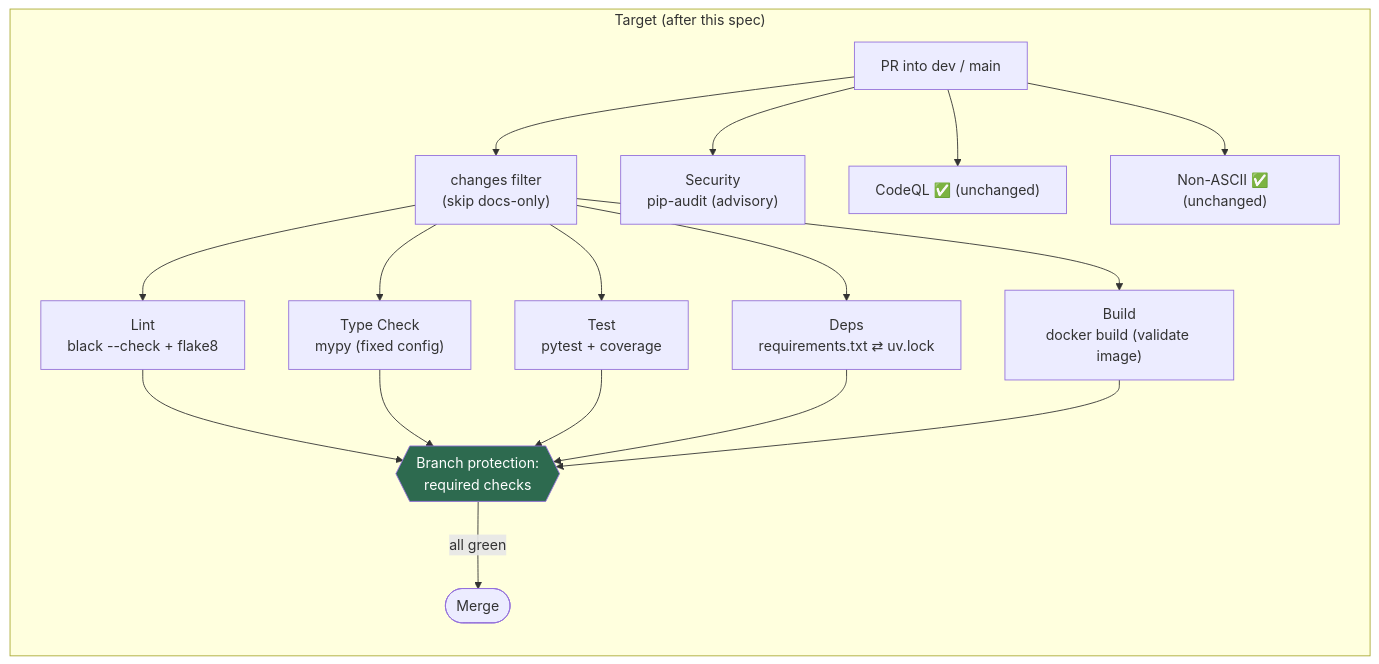
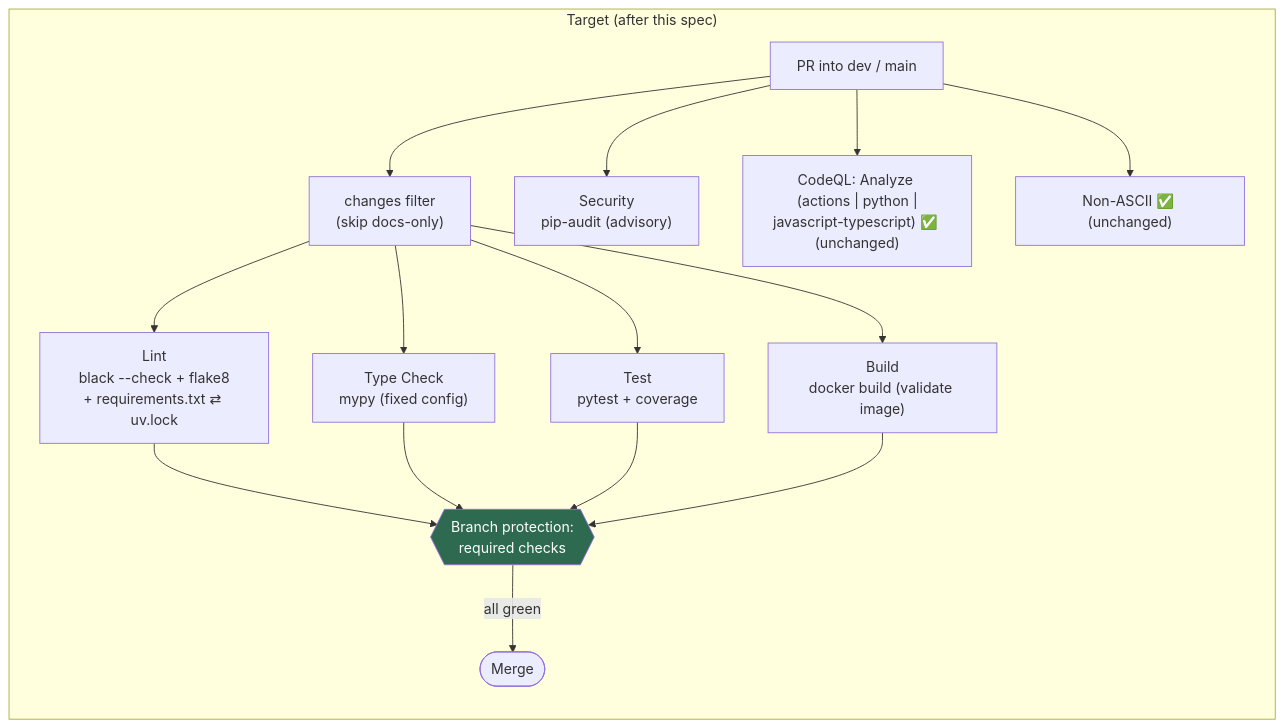
Before and after one commit to adamtasteslikegood/tasteslikegood.com: the second of 3 diagrams in docs/ci/refresh/SPEC-01-ci-quality-gates.md, drawn with Mermaid. The commit also changed other lines of this file and 5 other files, not shown here.

````diff
--- a/docs/ci/refresh/SPEC-01-ci-quality-gates.md
+++ b/docs/ci/refresh/SPEC-01-ci-quality-gates.md
@@ -72,18 +72,17 @@
 ```mermaid
 flowchart LR
     subgraph TARGET["Target (after this spec)"]
         direction TB
         PR2[PR into dev / main] --> T0["changes filter<br/>(skip docs-only)"]
-        T0 --> T1["Lint<br/>black --check + flake8"]
+        T0 --> T1["Lint<br/>black --check + flake8<br/>+ requirements.txt ⇄ uv.lock"]
         T0 --> T2["Type Check<br/>mypy (fixed config)"]
         T0 --> T3["Test<br/>pytest + coverage"]
-        T0 --> T4["Deps<br/>requirements.txt ⇄ uv.lock"]
         T0 --> T5["Build<br/>docker build (validate image)"]
         PR2 --> T6["Security<br/>pip-audit (advisory)"]
-        PR2 --> T7["CodeQL ✅ (unchanged)"]
+        PR2 --> T7["CodeQL: Analyze (actions | python |<br/>javascript-typescript) ✅ (unchanged)"]
         PR2 --> T8["Non-ASCII ✅ (unchanged)"]
-        T1 & T2 & T3 & T4 & T5 --> G{{"Branch protection:<br/>required checks"}}
+        T1 & T2 & T3 & T5 --> G{{"Branch protection:<br/>required checks"}}
         G -->|all green| MERGE([Merge])
     end
     style G fill:#2d6a4f,color:#fff
 ```
````
